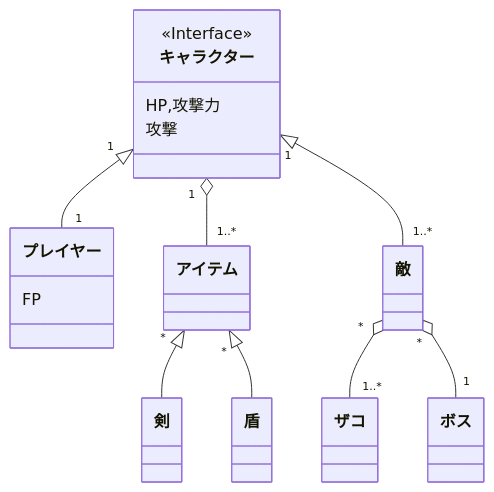
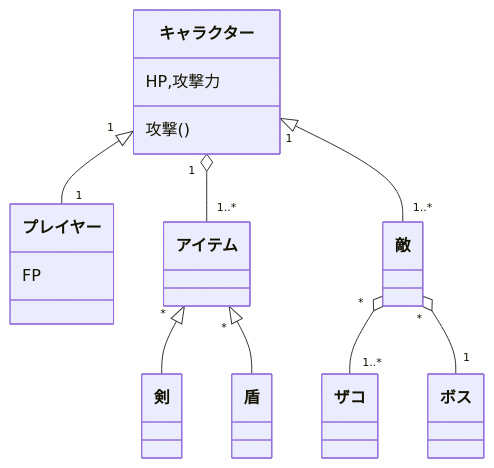
Before and after one commit to tpu-game-2023/mermaid_test: the third of 3 diagrams in README.md, drawn with Mermaid.

````diff
--- a/README.md
+++ b/README.md
@@ -69,18 +69,16 @@
 ```mermaid
 classDiagram
 direction TD
 class キャラクター
-   <<Interface>> キャラクター
     キャラクター: HP,攻撃力
-    キャラクター:  攻撃 
+    キャラクター:  攻撃()
     class プレイヤー
-
     プレイヤー : FP
     キャラクター "1" o-- "1..*" アイテム
     アイテム "*" <|-- 剣
     アイテム "*" <|-- 盾
     キャラクター "1" <|-- "1" プレイヤー
     キャラクター "1" <|-- "1..*" 敵
     敵 "*" o-- "1..*" ザコ
     敵 "*" o-- "1" ボス
 ```
````
